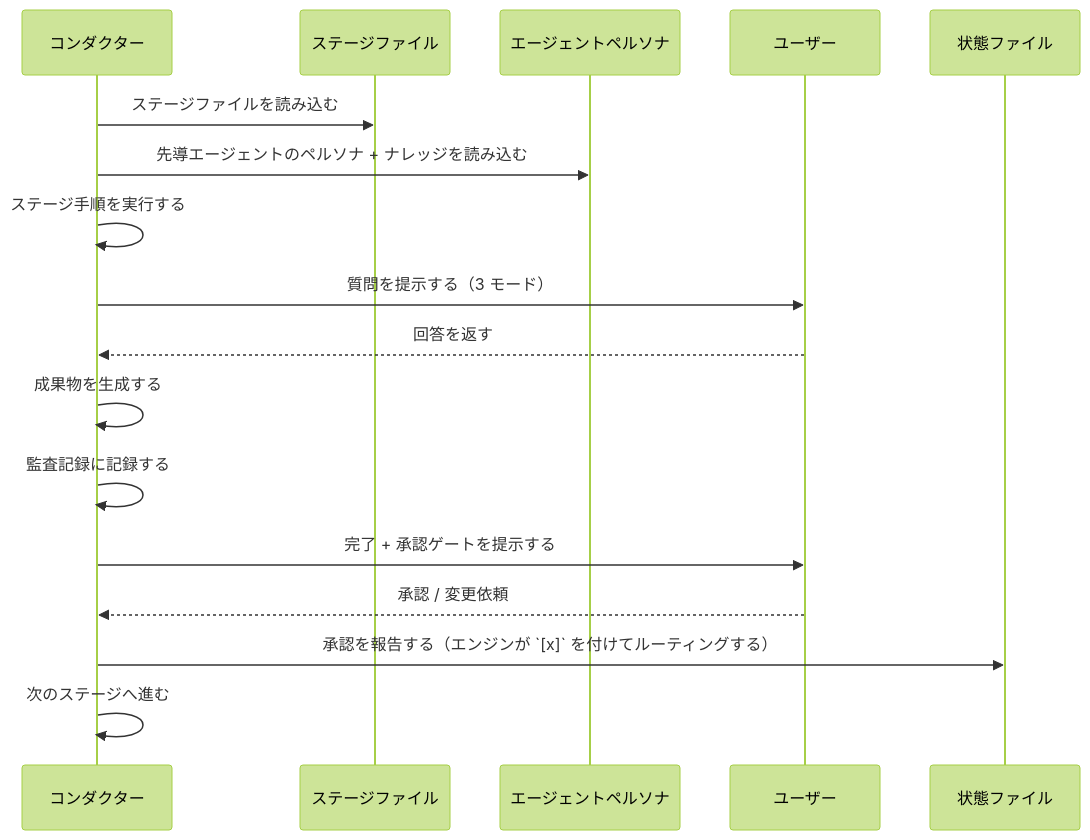
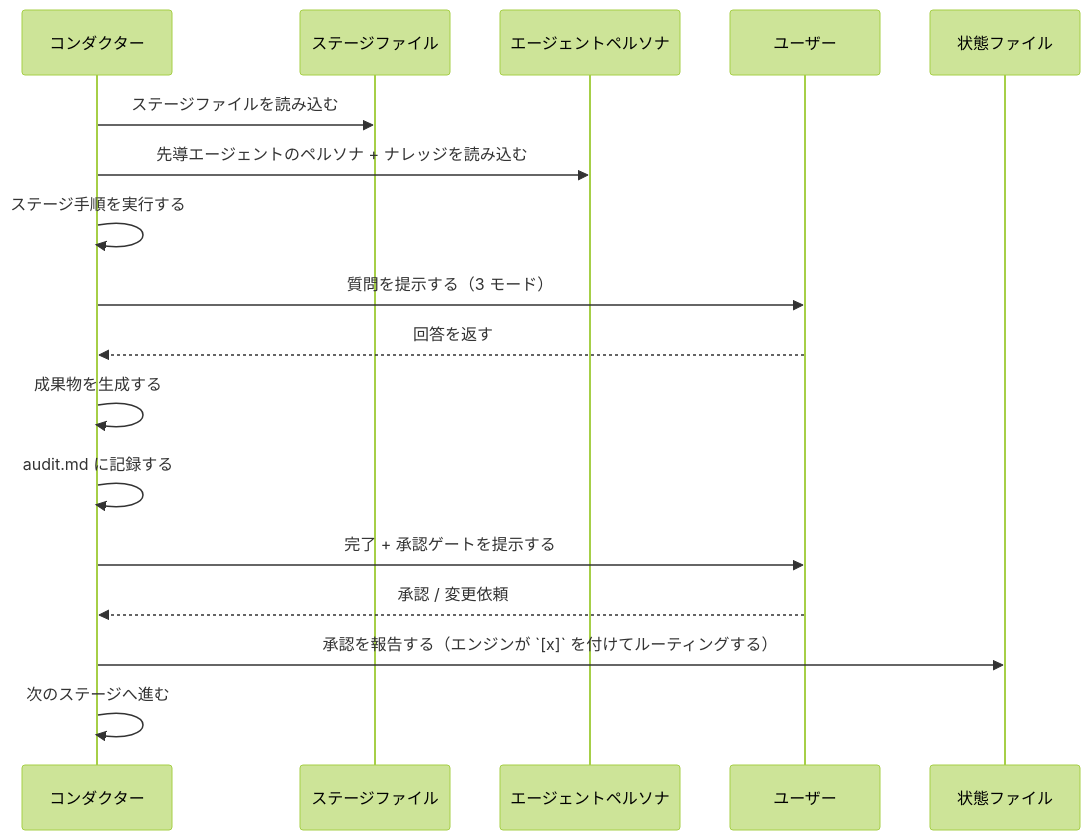
The third of 4 diagrams in docs/reference/ja/01-architecture.md (otomatty/aidlc-guide), drawn with Mermaid (forest theme) before and after one commit. The commit also changed other lines of this file and 281 other files, not shown here.

````diff
--- a/docs/reference/ja/01-architecture.md
+++ b/docs/reference/ja/01-architecture.md
@@ -212,20 +210,20 @@
 ```mermaid
 sequenceDiagram
     participant O as コンダクター
     participant S as ステージファイル
     participant A as エージェントペルソナ
     participant U as ユーザー
     participant ST as 状態ファイル
 
     O->>S: ステージファイルを読み込む
     O->>A: 先導エージェントのペルソナ + ナレッジを読み込む
     O->>O: ステージ手順を実行する
     O->>U: 質問を提示する（3 モード）
     U-->>O: 回答を返す
     O->>O: 成果物を生成する
-    O->>O: 監査記録に記録する
+    O->>O: audit.md に記録する
     O->>U: 完了 + 承認ゲートを提示する
     U-->>O: 承認 / 変更依頼
     O->>ST: 承認を報告する（エンジンが `[x]` を付けてルーティングする）
     O->>O: 次のステージへ進む
 ```
````
